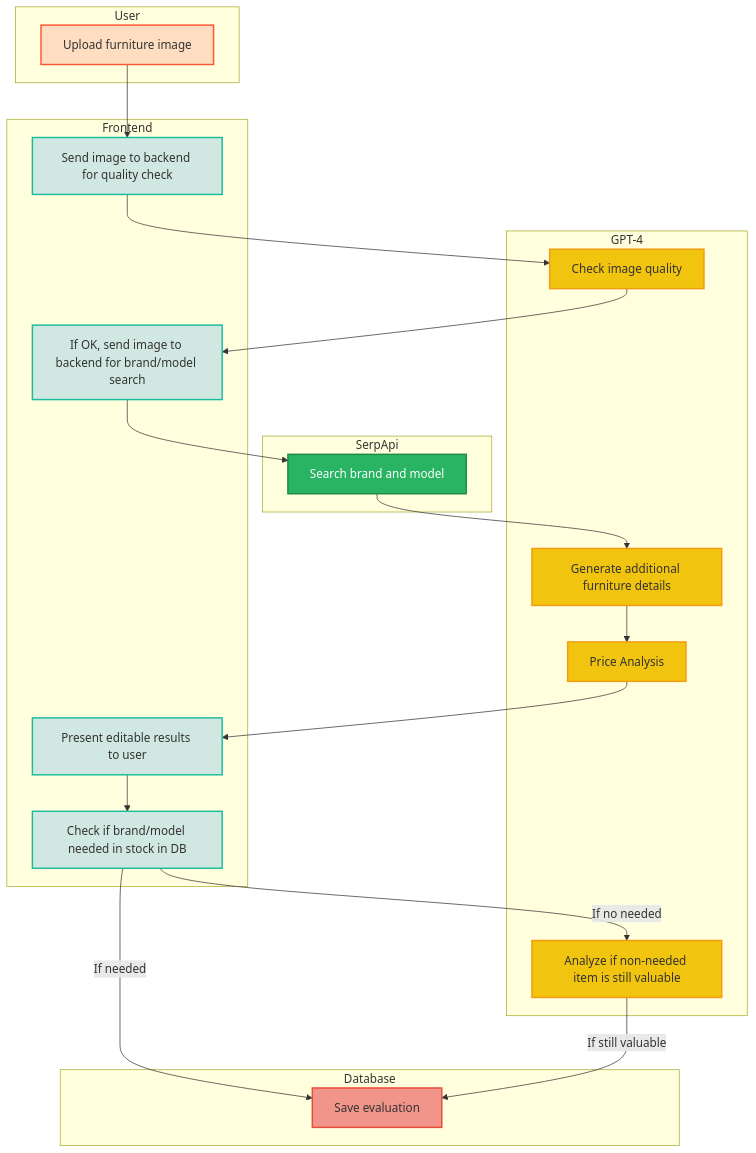
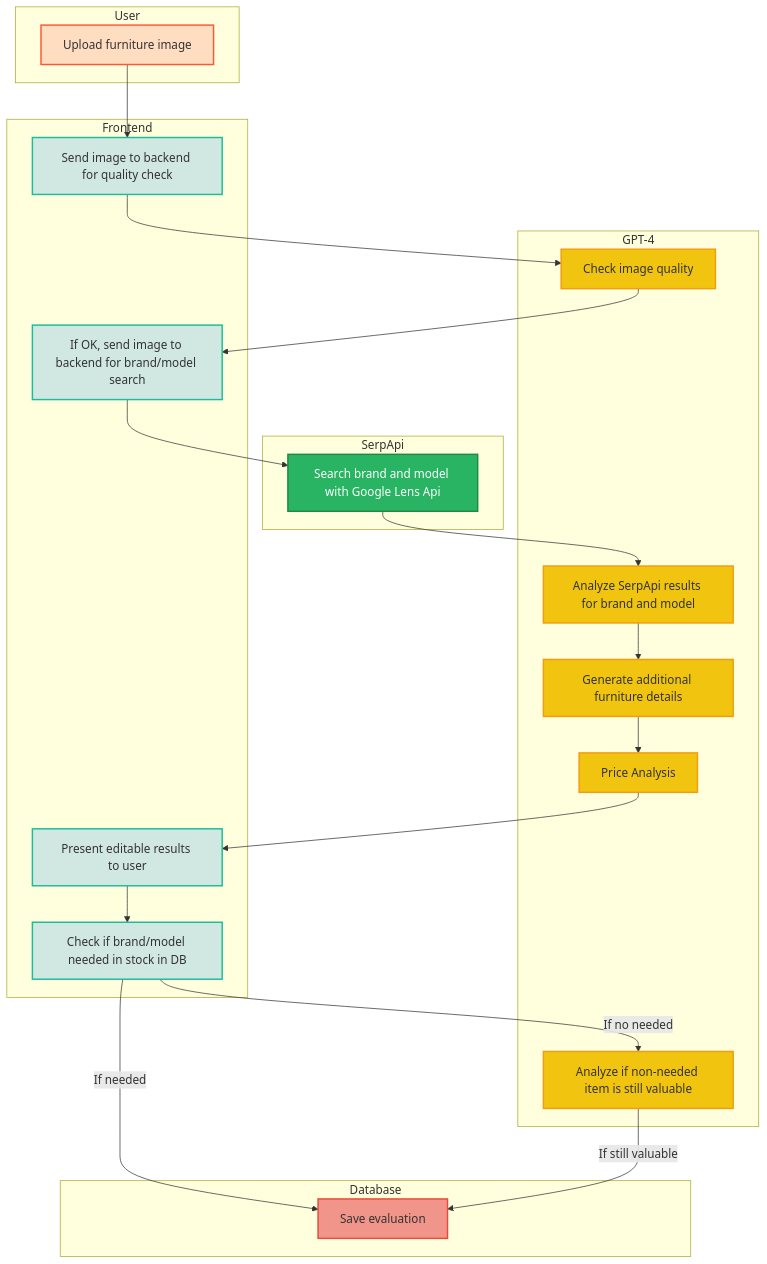
One commit to team-alya/kaluste-backend-25K changed the diagram in README.md. Above: the diagram before and after it, drawn with Mermaid.

````diff
--- a/README.md
+++ b/README.md
@@ -294,60 +294,63 @@
 ```mermaid
 flowchart TD
     subgraph User
         A1[Upload furniture image]
     end
 
     subgraph Frontend
         B1[Send image to backend for quality check]
         B2[If OK, send image to backend for brand/model search]
         B3[Check if brand/model needed in stock in DB]
         B4[Present editable results to user]
 
     end
 
     subgraph GPT-4
         C1[Check image quality]
+        C6[Analyze SerpApi results for brand and model]
         C2[Generate additional furniture details]
 
         C4[Price Analysis]
         C5[Analyze if non-needed item is still valuable]
     end
 
     subgraph SerpApi
-        D1[Search brand and model]
+        D1[Search brand and model with Google Lens Api]
     end
 
     subgraph Database
         
         F2[Save evaluation]
     end
 
     A1 --> B1
     B1 --> C1
     C1 --> B2
     B2 --> D1
-    D1 --> C2
+    D1 --> C6
+    C6 --> C2
     C4 --> B4
     B4 --> B3
     C2 --> C4
     B3 -->|If no needed| C5
     B3 -->|If needed| F2
     C5 -->|If still valuable| F2
 
 
     style A1 fill:#FFDDC1,stroke:#FF5733,stroke-width:2px, color:#333
 
     style B1 fill:#D1E8E2,stroke:#1ABC9C,stroke-width:2px, color:#333
     style B2 fill:#D1E8E2,stroke:#1ABC9C,stroke-width:2px, color:#333
     style B4 fill:#D1E8E2,stroke:#1ABC9C,stroke-width:2px, color:#333
     style B3 fill:#D1E8E2,stroke:#1ABC9C,stroke-width:2px, color:#333
     style C1 fill:#F1C40F,stroke:#F39C12,stroke-width:2px, color:#333
     style C2 fill:#F1C40F,stroke:#F39C12,stroke-width:2px, color:#333
     style C4 fill:#F1C40F,stroke:#F39C12,stroke-width:2px, color:#333
     style C5 fill:#F1C40F,stroke:#F39C12,stroke-width:2px, color:#333
+    style C6 fill:#F1C40F,stroke:#F39C12,stroke-width:2px, color:#333
 
     style F2 fill:#F1948A,stroke:#E74C3C,stroke-width:2px, color:#333
 
     style D1 fill:#28B463,stroke:#1F8A44,stroke-width:2px, color:#fff
     
 ```
````
